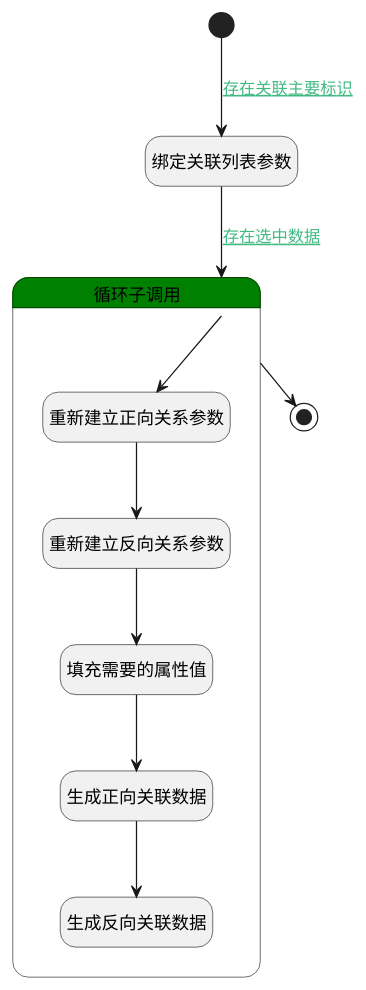
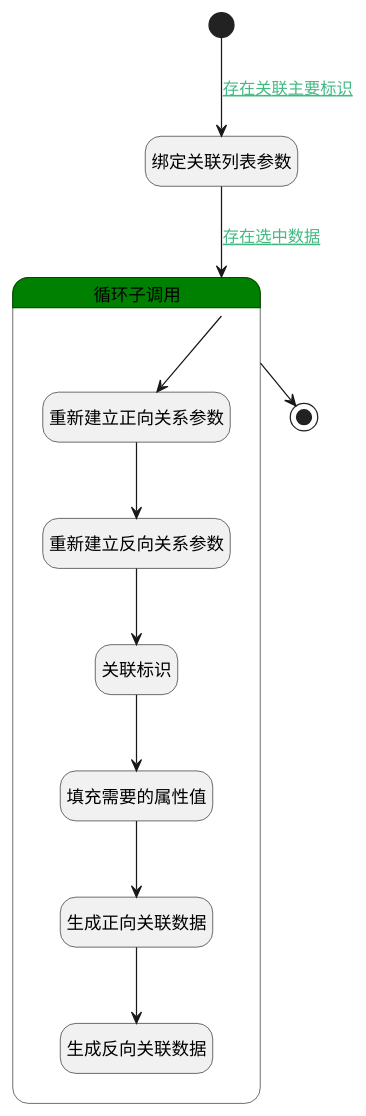
One commit to iBizLab/iBizPLM changed the diagram in doc/docsify/module/TestMgmt/run/logic/others_relation_run.md. Above: the diagram before and after it, drawn with PlantUML. The commit also changed other lines of this file and 1454 other files, not shown here.

````diff
--- a/doc/docsify/module/TestMgmt/run/logic/others_relation_run.md
+++ b/doc/docsify/module/TestMgmt/run/logic/others_relation_run.md
@@ -7,34 +7,36 @@
 ```plantuml
 @startuml
 hide empty description
 <style>
 root {
   HyperlinkColor #42b983
 }
 </style>
 
 hide empty description
 state "开始" as Begin <<start>> [[$./others_relation_run#begin {"开始"}]]
 state "绑定关联列表参数" as BINDPARAM1  [[$./others_relation_run#bindparam1 {"绑定关联列表参数"}]]
 state "结束" as END1 <<end>> [[$./others_relation_run#end1 {"结束"}]]
 state "循环子调用" as LOOPSUBCALL1  [[$./others_relation_run#loopsubcall1 {"循环子调用"}]] #green {
 state "重新建立正向关系参数" as RENEWPARAM1  [[$./others_relation_run#renewparam1 {"重新建立正向关系参数"}]]
 state "重新建立反向关系参数" as RENEWPARAM2  [[$./others_relation_run#renewparam2 {"重新建立反向关系参数"}]]
+state "关联标识" as RAWSFCODE1  [[$./others_relation_run#rawsfcode1 {"关联标识"}]]
 state "填充需要的属性值" as PREPAREPARAM1  [[$./others_relation_run#prepareparam1 {"填充需要的属性值"}]]
 state "生成正向关联数据" as DEACTION1  [[$./others_relation_run#deaction1 {"生成正向关联数据"}]]
 state "生成反向关联数据" as DEACTION2  [[$./others_relation_run#deaction2 {"生成反向关联数据"}]]
 }
 
 
 Begin --> BINDPARAM1 : [[$./others_relation_run#begin-bindparam1{存在关联主要标识} 存在关联主要标识]]
 BINDPARAM1 --> LOOPSUBCALL1 : [[$./others_relation_run#bindparam1-loopsubcall1{存在选中数据} 存在选中数据]]
 LOOPSUBCALL1 --> RENEWPARAM1
 RENEWPARAM1 --> RENEWPARAM2
-RENEWPARAM2 --> PREPAREPARAM1
+RENEWPARAM2 --> RAWSFCODE1
+RAWSFCODE1 --> PREPAREPARAM1
 PREPAREPARAM1 --> DEACTION1
 DEACTION1 --> DEACTION2
 LOOPSUBCALL1 --> END1
 
 
 @enduml
 ```
````
